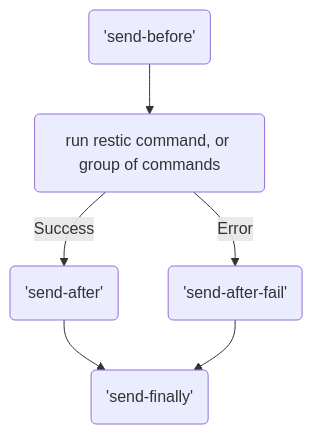
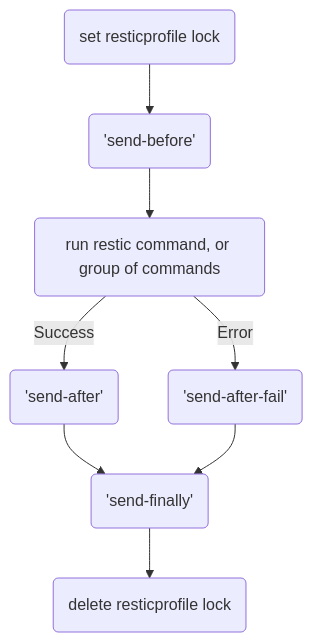
Before and after one commit to creativeprojects/resticprofile: the diagram in docs/content/configuration/http_hooks/index.md, drawn with Mermaid. The commit also changed other lines of this file and 39 other files, not shown here.

````diff
--- a/docs/content/configuration/http_hooks/index.md
+++ b/docs/content/configuration/http_hooks/index.md
@@ -312,10 +312,14 @@
 ```mermaid
 graph TD
+  LOCK(set resticprofile lock)
+  UNLOCK(delete resticprofile lock)
+  LOCK --> SB
   SB('send-before') --> RUN
   RUN(run restic command, or group of commands)
   RUN -->|Success| SA
   RUN -->|Error| SAF
   SA('send-after') --> SF
   SAF('send-after-fail') --> SF
   SF('send-finally')
+  SF --> UNLOCK
 ```
````
